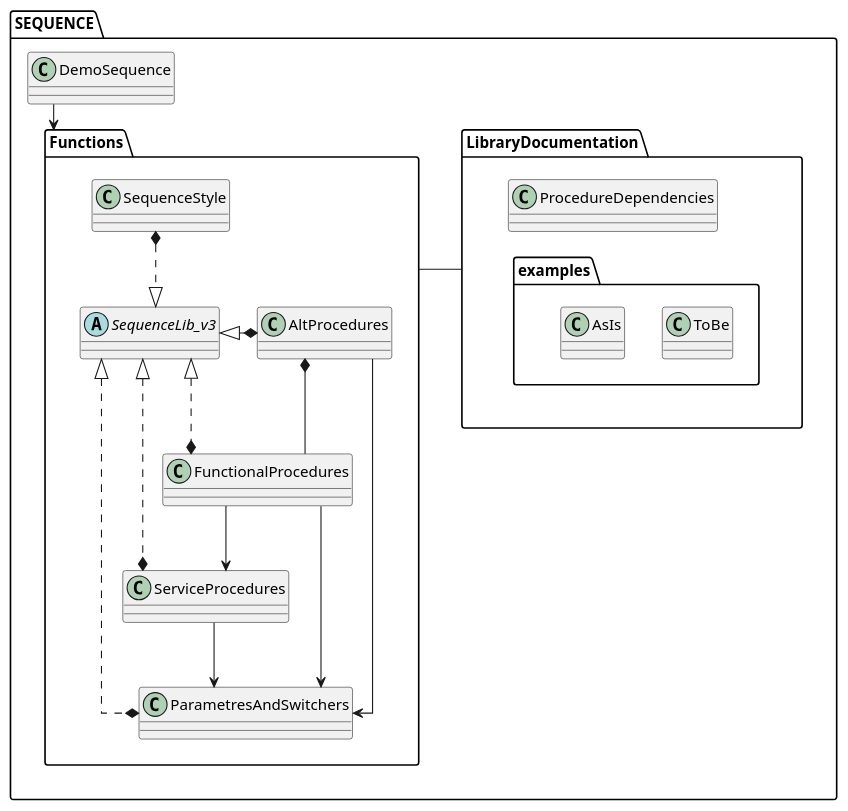
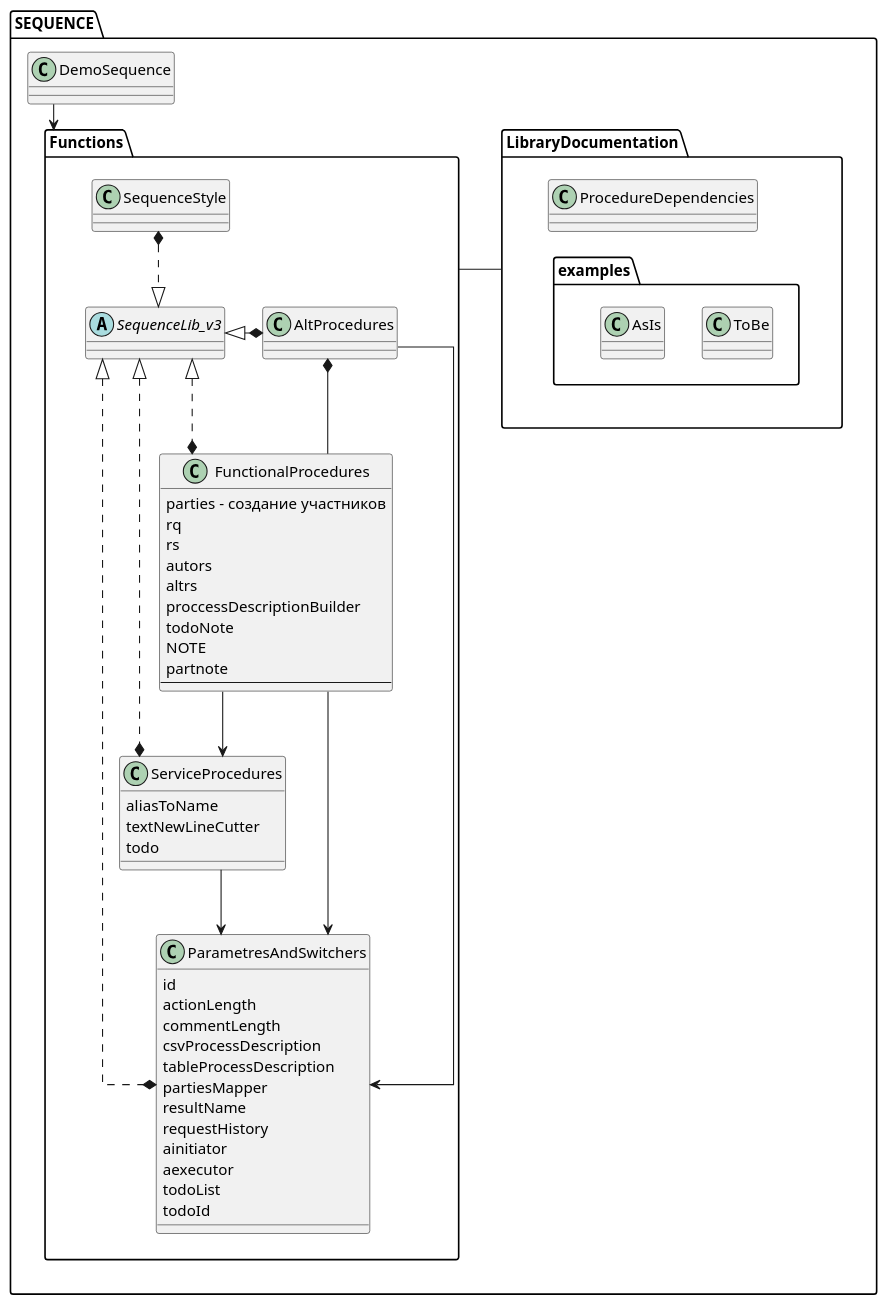
The diagram in SEQUENCE/LibraryDocumentation/ProcedureDependencies.puml (leraRadicovich/plantUML_Lib), drawn with PlantUML before and after one commit. The commit also changed 6 other files, not shown here.

Commit message:
* Добавлены процедуры частичного отображения карты процесса * Исправлены ошибки * rs - теперь, если не передать исполнителья и источника, ответит автоматом на последний реквест * Дополнена диаграмма зависимостей

```diff
--- a/SEQUENCE/LibraryDocumentation/ProcedureDependencies.puml
+++ b/SEQUENCE/LibraryDocumentation/ProcedureDependencies.puml
@@ -1,39 +1,67 @@
 @startuml
 skinparam linetype ortho
 'left to right direction
 package SEQUENCE {
     package Functions {
         abstract "SequenceLib_v3" as lib
         class "SequenceStyle" as style
-        class "ParametresAndSwitchers" as params
+        class "ParametresAndSwitchers" as params {
+            id
+            actionLength
+            commentLength
+            csvProcessDescription
+            tableProcessDescription
+            partiesMapper
+            resultName
+            requestHistory
+            ainitiator
+            aexecutor
+            todoList
+            todoId
+        }
         class "AltProcedures" as alt
-        class "ServiceProcedures" as serv
-        class "FunctionalProcedures" as function
+        class "ServiceProcedures" as serv {
+            aliasToName
+            textNewLineCutter
+            todo
+            }
+        class "FunctionalProcedures" as function {
+            parties - создание участников
+            rq
+            rs
+            autors
+            altrs
+            proccessDescriptionBuilder
+            todoNote
+            NOTE
+            partnote
+            ----
+            }
     }
 }
 class SEQUENCE.LibraryDocumentation.ProcedureDependencies
 class SEQUENCE.LibraryDocumentation.examples.ToBe
 class SEQUENCE.LibraryDocumentation.examples.AsIs
 class SEQUENCE.DemoSequence
 
 style *..|> lib
 lib <|..* params
 lib <|.* alt
 lib <|.* serv
 lib <|..* function
 
 alt --> params
 alt *-- function
 
 function --> serv
 function --> params
 
 serv --> params
 
 SEQUENCE.LibraryDocumentation -right- SEQUENCE.Functions
 
 SEQUENCE.LibraryDocumentation.ProcedureDependencies -[hidden]- SEQUENCE.LibraryDocumentation.examples
 
 SEQUENCE.DemoSequence --> SEQUENCE.Functions
 
 @enduml0
```
